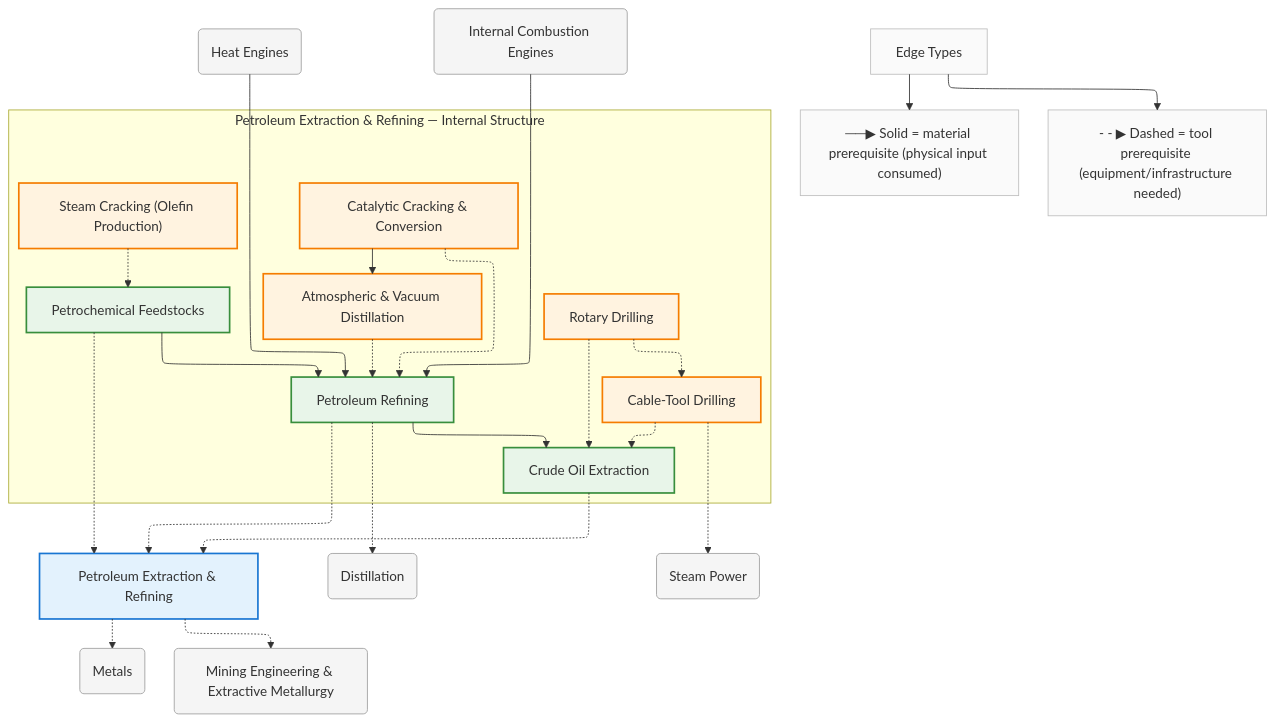
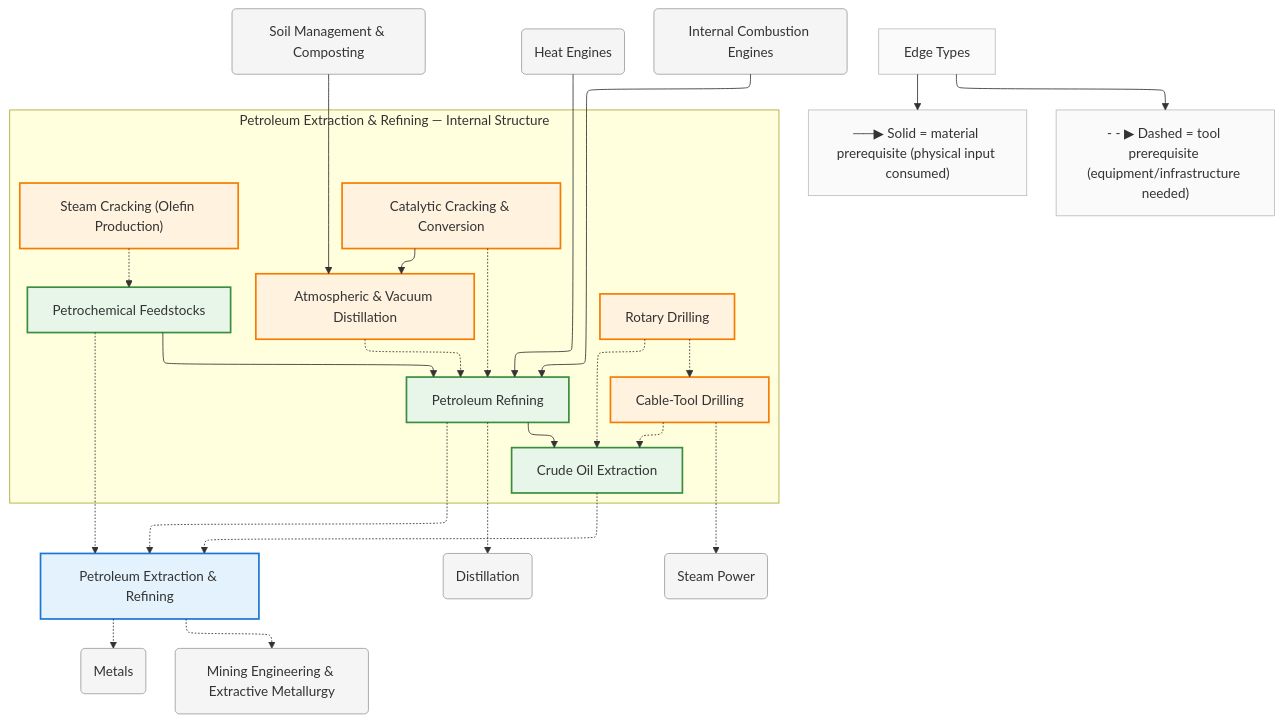
One commit to egofree/TechTree changed the diagram in diagrams/mermaid/petroleum.mmd. Above: the diagram before and after it, drawn with Mermaid. The commit also changed 139 other files, not shown here.

First line of the commit message:
chore: regenerate diagrams + glossary pages + fix build scripts

```diff
--- a/diagrams/mermaid/petroleum.mmd
+++ b/diagrams/mermaid/petroleum.mmd
@@ -1,78 +1,81 @@
 %%{init: {"flowchart": {"defaultRenderer": "elk", "htmlLabels": true}}}%%
 graph TD
     %% Domain: Petroleum Extraction & Refining
 
     %% ==================== INTERNAL NODES ====================
     subgraph petroleum_internal ["Petroleum Extraction & Refining — Internal Structure"]
         direction TB
         petroleum_extraction_cable-tool["Cable-Tool Drilling"]
         petroleum_extraction["Crude Oil Extraction"]
         petroleum_extraction_rotary["Rotary Drilling"]
         petroleum_petrochemicals["Petrochemical Feedstocks"]
         petroleum_petrochemicals_steam-cracking["Steam Cracking (Olefin Production)"]
         petroleum_refining_cracking["Catalytic Cracking & Conversion"]
         petroleum_refining_distillation["Atmospheric & Vacuum Distillation"]
         petroleum_refining["Petroleum Refining"]
     end
 
     %% ==================== DOMAIN NODE ====================
     petroleum["Petroleum Extraction & Refining"]
 
     %% ==================== EXTERNAL DEPENDENCIES ====================
+    agriculture_soil-management("Soil Management & Composting")
     chemistry_distillation("Distillation")
     energy_engine("Heat Engines")
     energy_internal-combustion("Internal Combustion Engines")
     energy_steam-power("Steam Power")
     metals("Metals")
     mining("Mining Engineering & Extractive Metallurgy")
 
     %% ==================== EDGES ====================
     petroleum_extraction_cable-tool -.-> petroleum_extraction
     petroleum_extraction_rotary -.-> petroleum_extraction_cable-tool
     petroleum_extraction_rotary -.-> petroleum_extraction
     petroleum_extraction -.-> petroleum
     petroleum_petrochemicals_steam-cracking -.-> petroleum_petrochemicals
     petroleum_petrochemicals --> petroleum_refining
     petroleum_petrochemicals -.-> petroleum
     petroleum_refining_cracking --> petroleum_refining_distillation
     petroleum_refining_cracking -.-> petroleum_refining
     petroleum_refining_distillation -.-> petroleum_refining
     petroleum_refining --> petroleum_extraction
     petroleum_refining -.-> petroleum
+    agriculture_soil-management --> petroleum_refining_distillation
     energy_engine --> petroleum_refining
     energy_internal-combustion --> petroleum_refining
     petroleum_extraction_cable-tool -.-> energy_steam-power
     petroleum_refining -.-> chemistry_distillation
     petroleum -.-> metals
     petroleum -.-> mining
 
     %% ==================== EDGE TYPE LEGEND ====================
     EdgeLegend["Edge Types"]
     EdgeLegend --> MatNote["──▶ Solid = material prerequisite (physical input consumed)"]
     EdgeLegend --> ToolNote["- - ▶ Dashed = tool prerequisite (equipment/infrastructure needed)"]
 
     %% ==================== STYLING ====================
     classDef domain fill:#e3f2fd,stroke:#1976d2,stroke-width:2px
     classDef capability fill:#e8f5e9,stroke:#388e3c,stroke-width:2px
     classDef process fill:#fff3e0,stroke:#f57c00,stroke-width:2px
     classDef critical fill:#fff3e0,stroke:#f57c00,stroke-width:3px
     classDef earlyWin fill:#e8f5e9,stroke:#388e3c,stroke-width:3px
     classDef pinnacle fill:#fce4ec,stroke:#c62828,stroke-width:3px
     classDef external fill:#f5f5f5,stroke:#9e9e9e,stroke-width:1px
     classDef legend fill:#fafafa,stroke:#bdbdbd,stroke-width:1px
     class petroleum domain
     class petroleum_extraction_cable-tool process
     class petroleum_extraction capability
     class petroleum_extraction_rotary process
     class petroleum_petrochemicals capability
     class petroleum_petrochemicals_steam-cracking process
     class petroleum_refining_cracking process
     class petroleum_refining_distillation process
     class petroleum_refining capability
+    class agriculture_soil-management external
     class chemistry_distillation external
     class energy_engine external
     class energy_internal-combustion external
     class energy_steam-power external
     class metals external
     class mining external
     class EdgeLegend,MatNote,ToolNote legend
```
